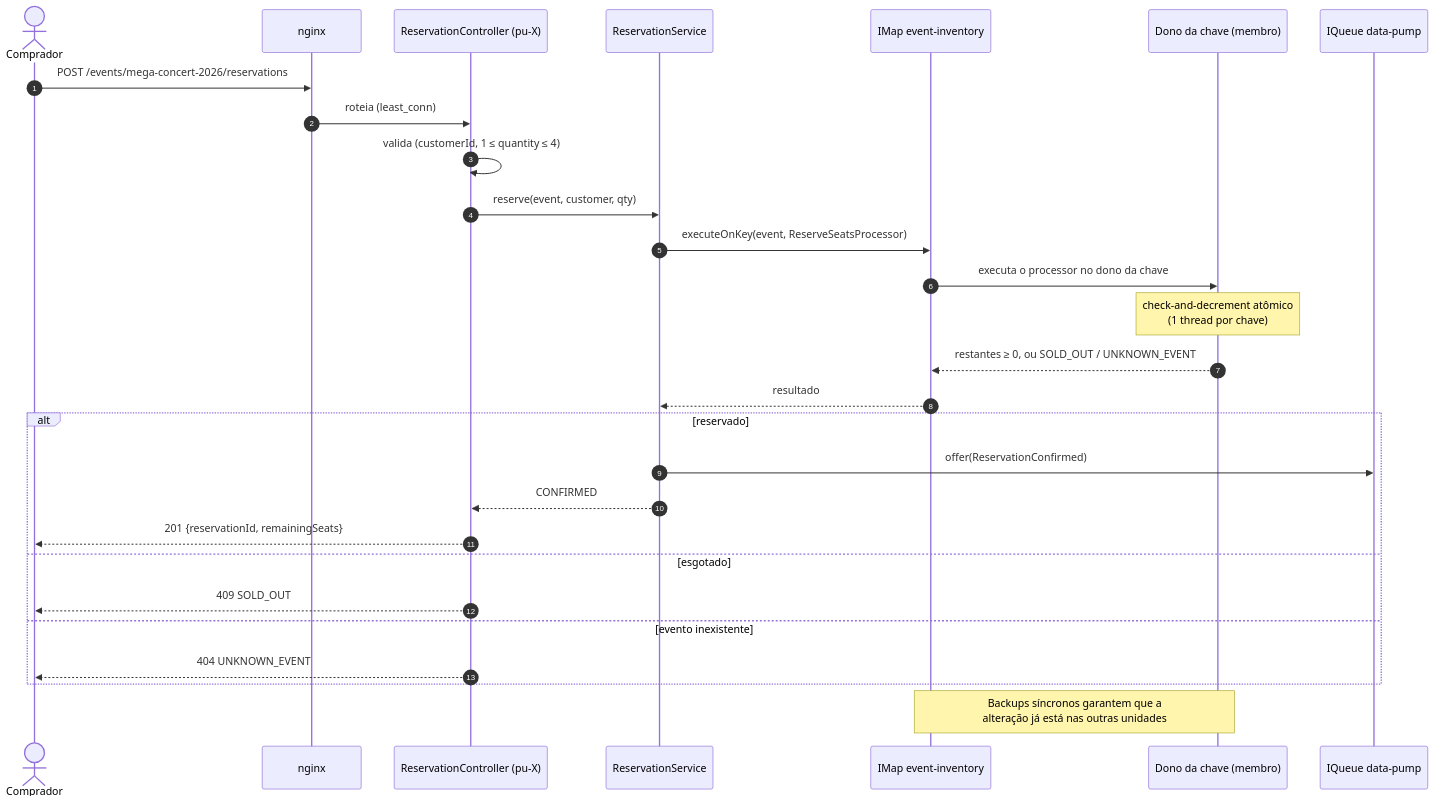
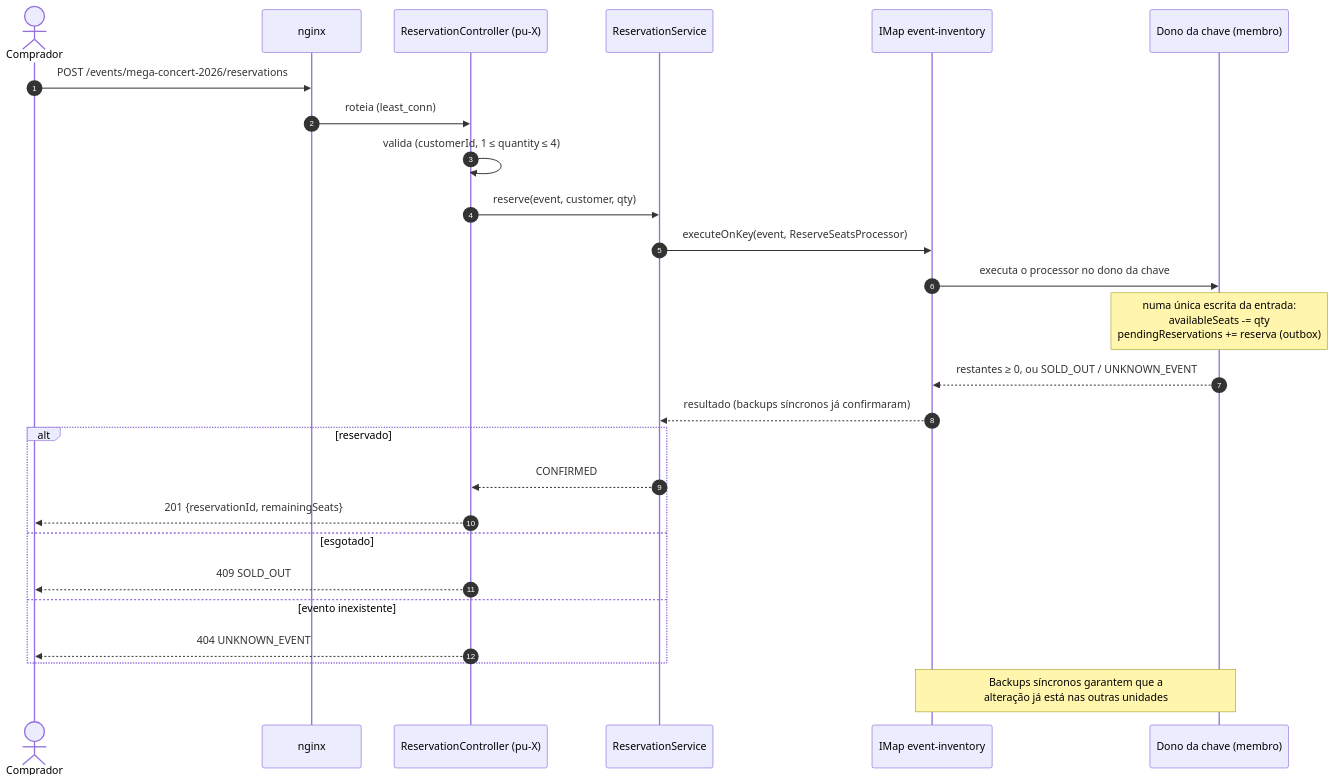
One commit to diovanibmotta/software-architecture-styles-lab changed the second of 6 diagrams in space-based-architecture/docs/03-arquitetura-da-implementacao.md. Above: the diagram before and after it, drawn with Mermaid. The commit also changed other lines of this file and 16 other files, not shown here.

First line of the commit message:
fix(space-based): make stock decrement and persistence outbox one atomic grid write

````diff
--- a/space-based-architecture/docs/03-arquitetura-da-implementacao.md
+++ b/space-based-architecture/docs/03-arquitetura-da-implementacao.md
@@ -47,31 +47,29 @@
 ```mermaid
 sequenceDiagram
     autonumber
     actor B as Comprador
     participant N as nginx
     participant C as ReservationController (pu-X)
     participant S as ReservationService
     participant M as IMap event-inventory
     participant O as Dono da chave (membro)
-    participant Q as IQueue data-pump
 
     B->>N: POST /events/mega-concert-2026/reservations
     N->>C: roteia (least_conn)
     C->>C: valida (customerId, 1 ≤ quantity ≤ 4)
     C->>S: reserve(event, customer, qty)
     S->>M: executeOnKey(event, ReserveSeatsProcessor)
     M->>O: executa o processor no dono da chave
-    Note over O: check-and-decrement atômico<br/>(1 thread por chave)
+    Note over O: numa única escrita da entrada:<br/>availableSeats -= qty<br/>pendingReservations += reserva (outbox)
     O-->>M: restantes ≥ 0, ou SOLD_OUT / UNKNOWN_EVENT
-    M-->>S: resultado
+    M-->>S: resultado (backups síncronos já confirmaram)
     alt reservado
-        S->>Q: offer(ReservationConfirmed)
         S-->>C: CONFIRMED
         C-->>B: 201 {reservationId, remainingSeats}
     else esgotado
         C-->>B: 409 SOLD_OUT
     else evento inexistente
         C-->>B: 404 UNKNOWN_EVENT
     end
     Note over M,O: Backups síncronos garantem que a<br/>alteração já está nas outras unidades
 ```
````
